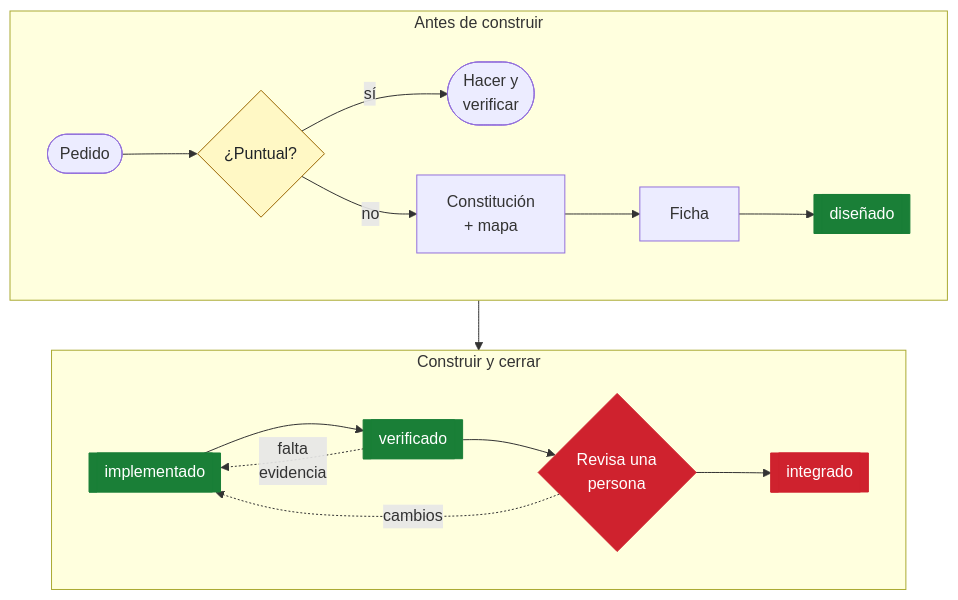
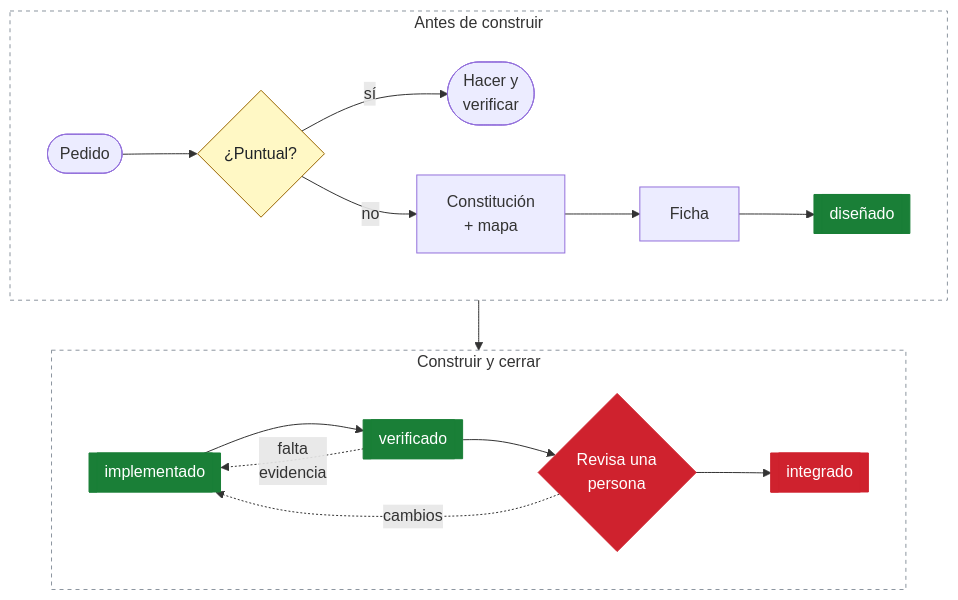
The diagram in README.md (arielelevy/fdd), drawn with Mermaid before and after one commit.

Commit message:
Drop the grey background of the flowchart groups

````diff
--- a/README.md
+++ b/README.md
@@ -84,27 +84,29 @@
 ```mermaid
 flowchart TB
     subgraph S1["Antes de construir"]
         direction LR
         A(["Pedido"]) --> B{"¿Puntual?"}
         B -- "sí" --> C(["Hacer y<br/>verificar"])
         B -- "no" --> D["Constitución<br/>+ mapa"]
         D --> E["Ficha"]
         E --> F[["diseñado"]]
     end
     subgraph S2["Construir y cerrar"]
         direction LR
         G[["implementado"]] --> H[["verificado"]]
         H -. "falta<br/>evidencia" .-> G
         H --> I{"Revisa una<br/>persona"}
         I -. "cambios" .-> G
         I --> J[["integrado"]]
     end
     S1 --> S2
 
     classDef hito fill:#1a7f37,stroke:#1a7f37,color:#ffffff
     classDef humano fill:#cf222e,stroke:#cf222e,color:#ffffff
     classDef decision fill:#fff8c5,stroke:#9a6700,color:#1f2328
     class F,G,H hito
     class I,J humano
     class B decision
+    style S1 fill:none,stroke:#8c959f,stroke-dasharray:4 4
+    style S2 fill:none,stroke:#8c959f,stroke-dasharray:4 4
 ```
````
